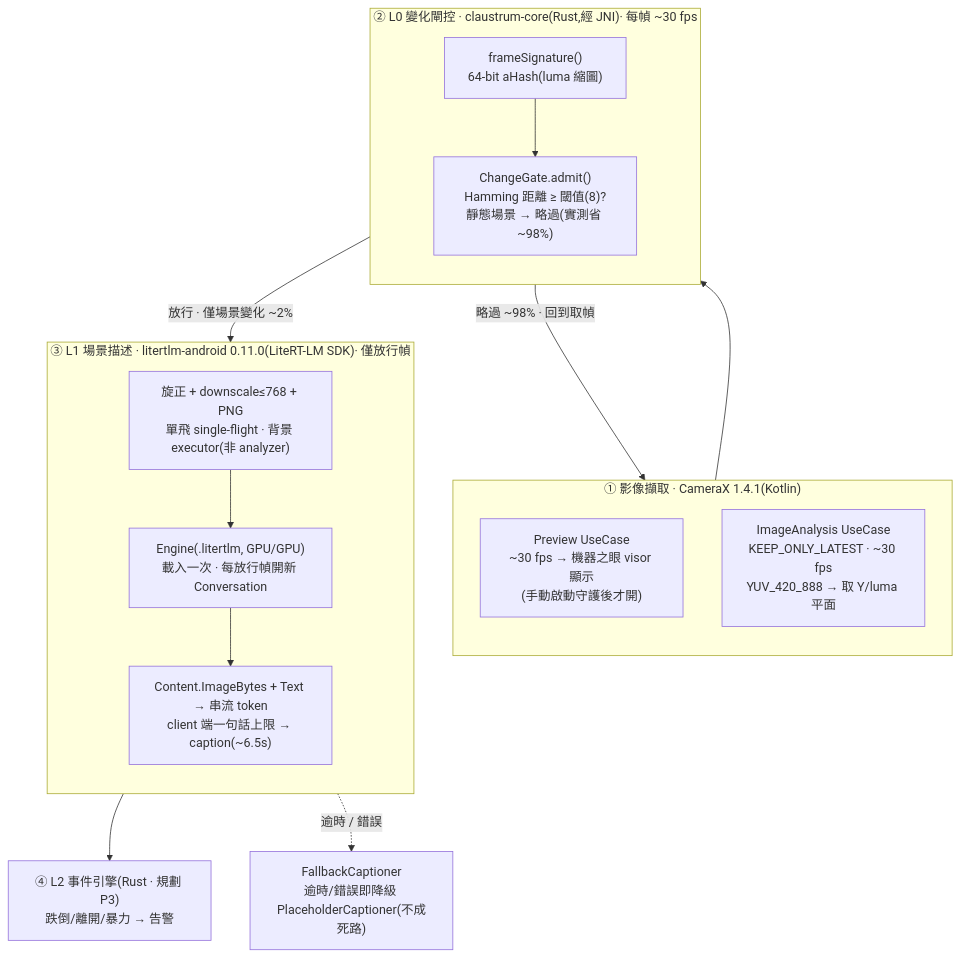
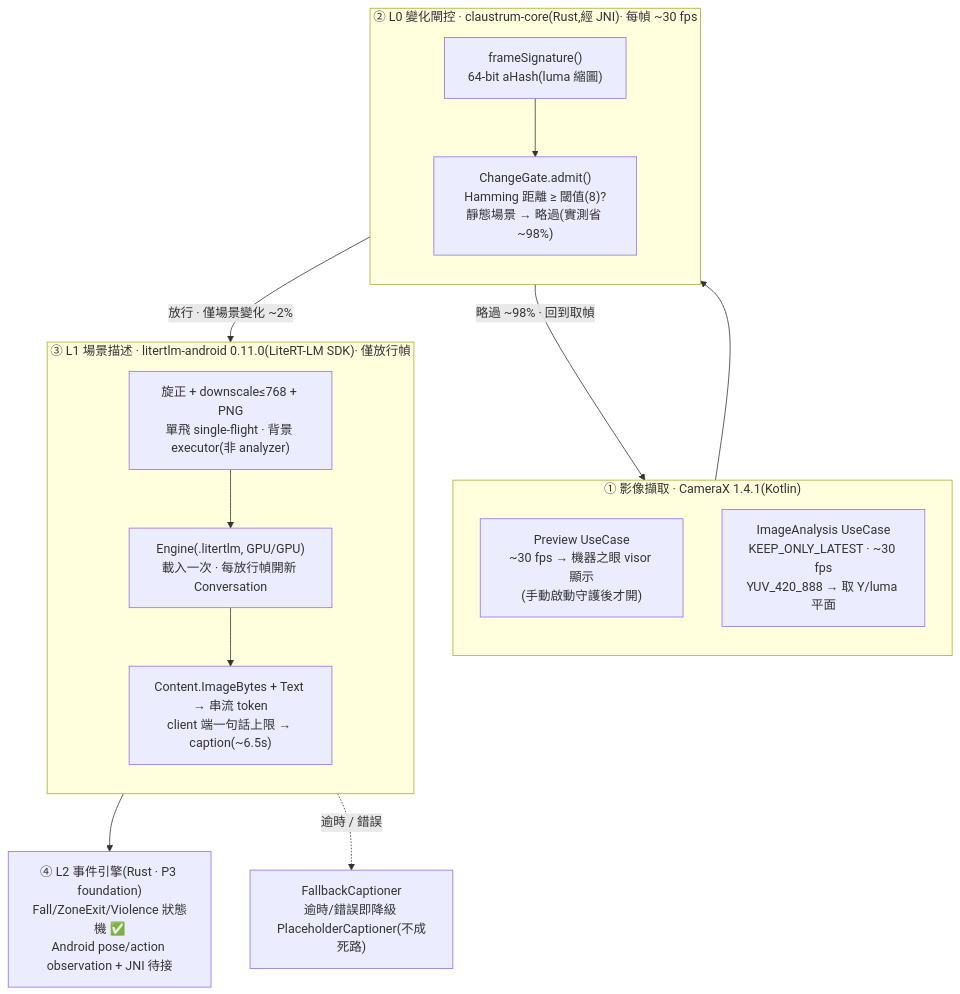
One commit to TingFengChou/claustrum changed the second of 2 diagrams in README.md. Above: the diagram before and after it, drawn with Mermaid. The commit also changed other lines of this file and 20 other files, not shown here.

````diff
--- a/README.md
+++ b/README.md
@@ -182,33 +190,33 @@
 ```mermaid
 flowchart TB
   subgraph CAP["① 影像擷取 · CameraX 1.4.1(Kotlin)"]
     direction TB
     PV["Preview UseCase<br/>~30 fps → 機器之眼 visor 顯示<br/>(手動啟動守護後才開)"]
     IA["ImageAnalysis UseCase<br/>KEEP_ONLY_LATEST · ~30 fps<br/>YUV_420_888 → 取 Y/luma 平面"]
   end
 
   subgraph L0["② L0 變化閘控 · claustrum-core(Rust,經 JNI)· 每幀 ~30 fps"]
     direction TB
     SIG["frameSignature()<br/>64-bit aHash(luma 縮圖)"]
     GATE["ChangeGate.admit()<br/>Hamming 距離 ≥ 閾值(8)?<br/>靜態場景 → 略過(實測省 ~98%)"]
   end
 
   subgraph L1["③ L1 場景描述 · litertlm-android 0.11.0(LiteRT-LM SDK)· 僅放行幀"]
     direction TB
     PREP["旋正 + downscale≤768 + PNG<br/>單飛 single-flight · 背景 executor(非 analyzer)"]
     ENG["Engine(.litertlm, GPU/GPU)<br/>載入一次 · 每放行幀開新 Conversation"]
     GEN["Content.ImageBytes + Text → 串流 token<br/>client 端一句話上限 → caption(~6.5s)"]
   end
 
   FB["FallbackCaptioner<br/>逾時/錯誤即降級 PlaceholderCaptioner(不成死路)"]
-  L2["④ L2 事件引擎(Rust · 規劃 P3)<br/>跌倒/離開/暴力 → 告警"]
+  L2["④ L2 事件引擎(Rust · P3 foundation)<br/>Fall/ZoneExit/Violence 狀態機 ✅<br/>Android pose/action observation + JNI 待接"]
 
   IA --> SIG
   SIG --> GATE
   GATE -->|"放行 · 僅場景變化 ~2%"| PREP
   GATE -->|"略過 ~98% · 回到取幀"| IA
   PREP --> ENG
   ENG --> GEN
   GEN --> L2
   GEN -.->|"逾時 / 錯誤"| FB
 ```
````
